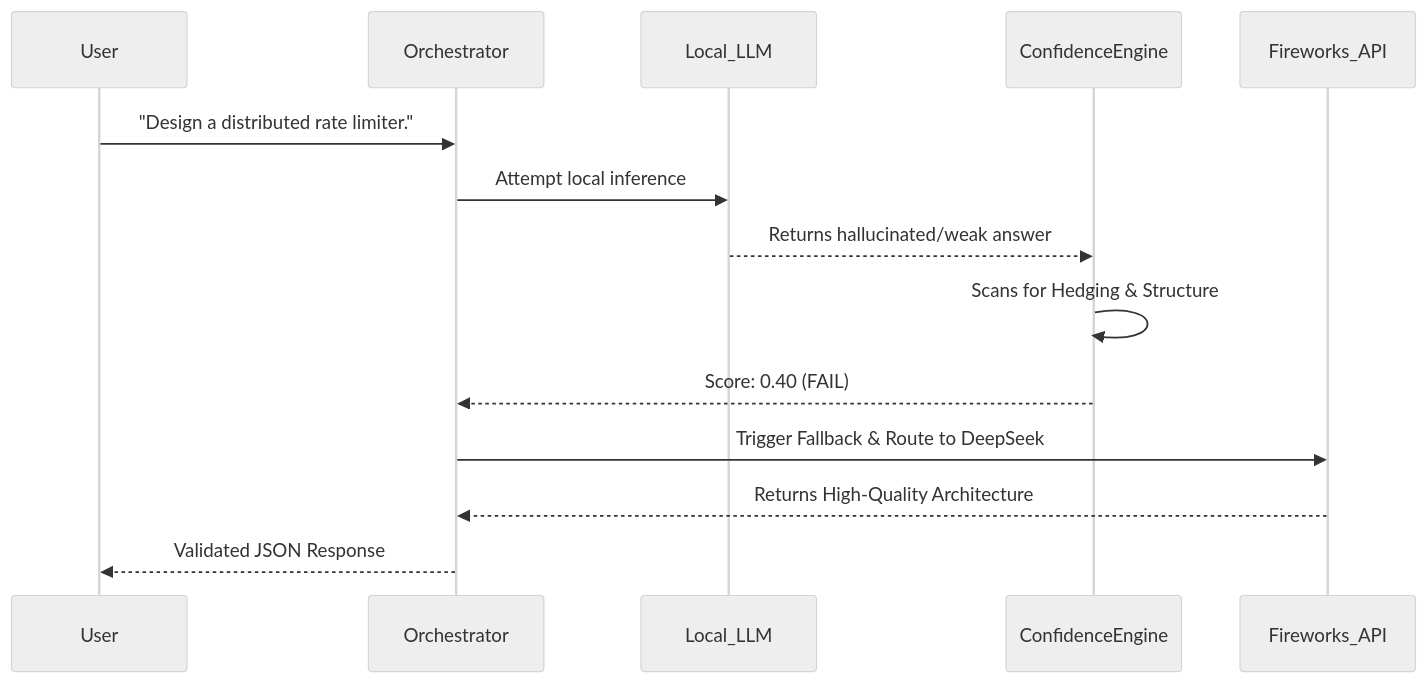
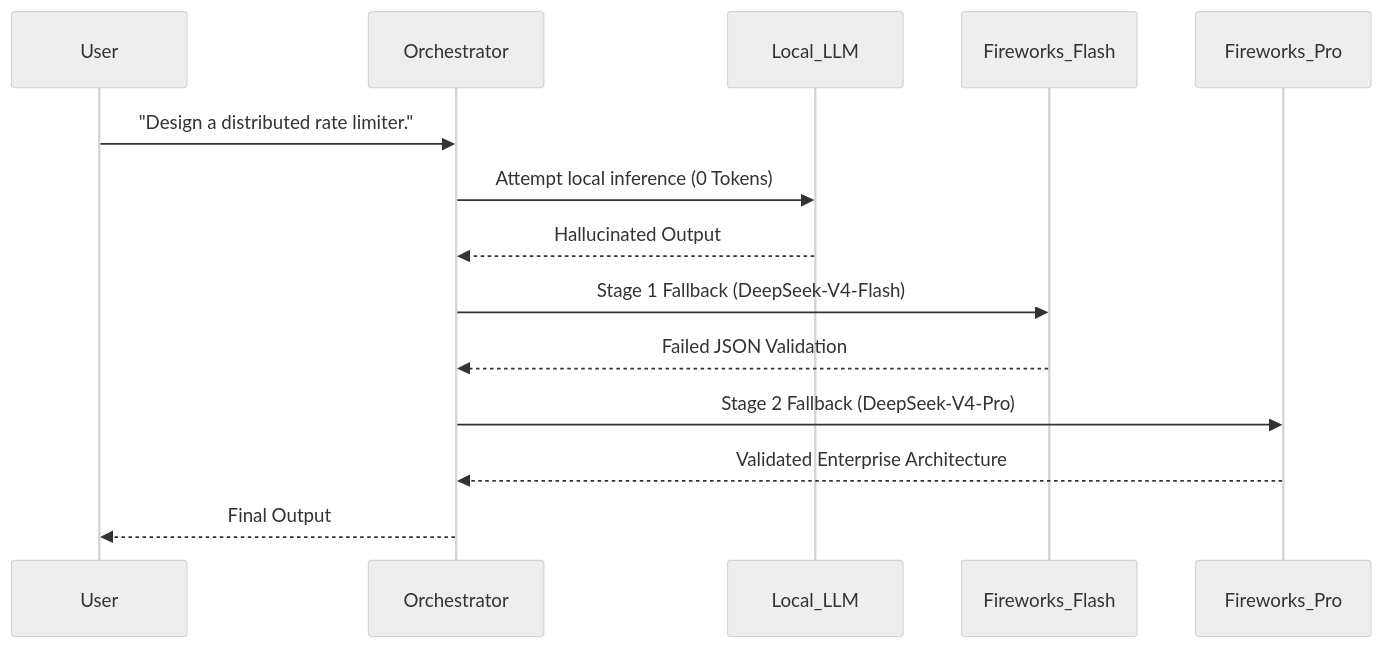
Before and after one commit to RudraMalvankar/Base42: the second of 2 diagrams in README.md, drawn with Mermaid (neutral theme). The commit also changed other lines of this file, not shown here.

Commit message:
docs: add 2-stage flash-to-pro failover architecture to readme

````diff
--- a/README.md
+++ b/README.md
@@ -75,17 +78,17 @@
 ```mermaid
 sequenceDiagram
     participant User
     participant Orchestrator
     participant Local_LLM
-    participant ConfidenceEngine
-    participant Fireworks_API
+    participant Fireworks_Flash
+    participant Fireworks_Pro
     
     User->>Orchestrator: "Design a distributed rate limiter."
-    Orchestrator->>Local_LLM: Attempt local inference
-    Local_LLM-->>ConfidenceEngine: Returns hallucinated/weak answer
-    ConfidenceEngine->>ConfidenceEngine: Scans for Hedging & Structure
-    ConfidenceEngine-->>Orchestrator: Score: 0.40 (FAIL)
-    Orchestrator->>Fireworks_API: Trigger Fallback & Route to DeepSeek
-    Fireworks_API-->>Orchestrator: Returns High-Quality Architecture
-    Orchestrator-->>User: Validated JSON Response
+    Orchestrator->>Local_LLM: Attempt local inference (0 Tokens)
+    Local_LLM-->>Orchestrator: Hallucinated Output
+    Orchestrator->>Fireworks_Flash: Stage 1 Fallback (DeepSeek-V4-Flash)
+    Fireworks_Flash-->>Orchestrator: Failed JSON Validation
+    Orchestrator->>Fireworks_Pro: Stage 2 Fallback (DeepSeek-V4-Pro)
+    Fireworks_Pro-->>Orchestrator: Validated Enterprise Architecture
+    Orchestrator-->>User: Final Output
 ```
````
